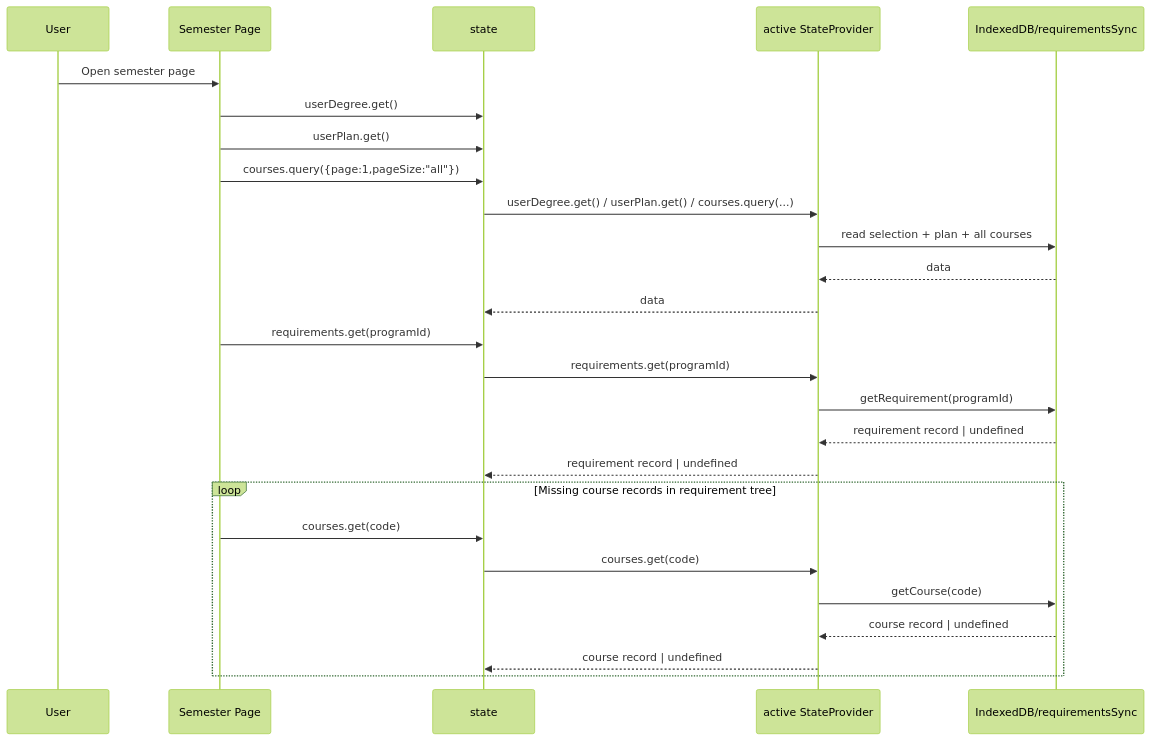
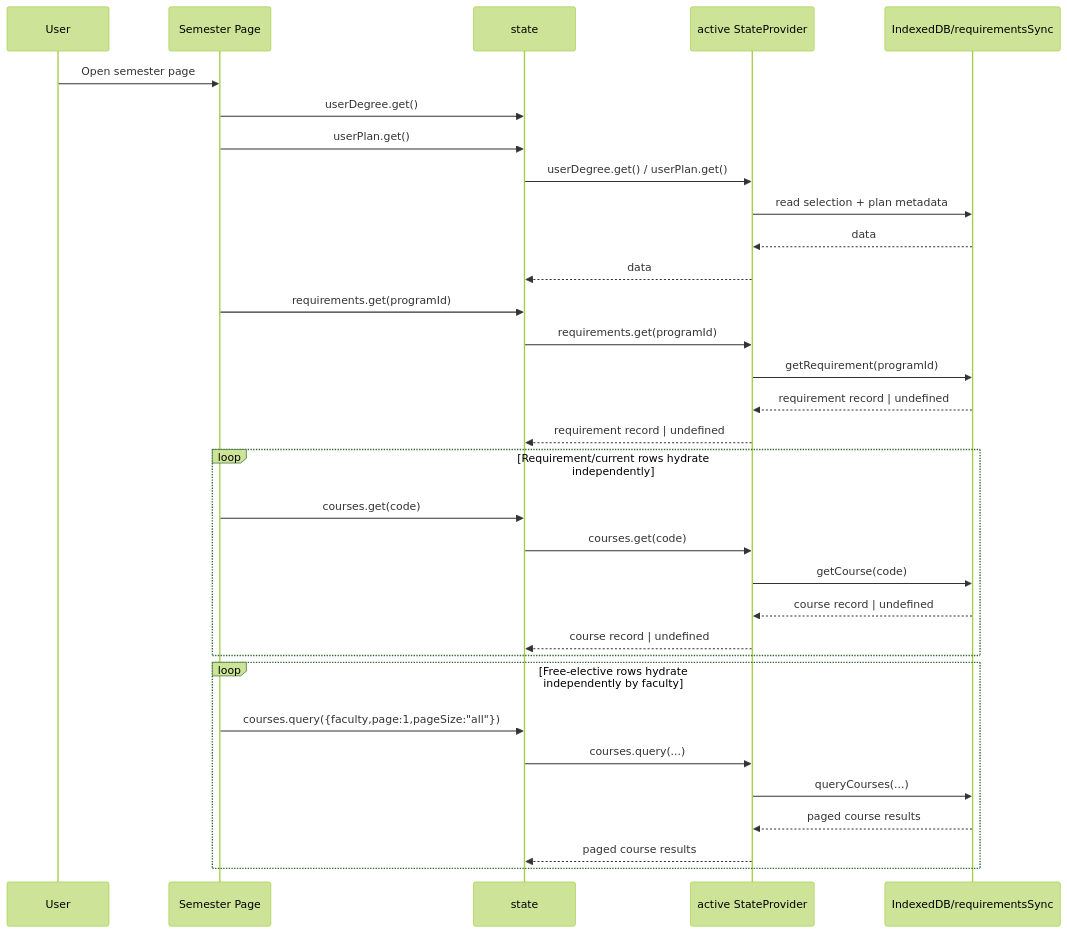
Before and after one commit to selfint/planit: the fifth of 9 diagrams in src/lib/stateManagement.md, drawn with Mermaid (forest theme). The commit also changed other lines of this file and 4 other files, not shown here.

First line of the commit message:
Refactor semester rows to hydrate courses independently

````diff
--- a/src/lib/stateManagement.md
+++ b/src/lib/stateManagement.md
@@ -263,29 +263,35 @@
 ```mermaid
 sequenceDiagram
   participant U as User
   participant M as Semester Page
   participant S as state
   participant SP as active StateProvider
   participant DB as IndexedDB/requirementsSync
 
   U->>M: Open semester page
   M->>S: userDegree.get()
   M->>S: userPlan.get()
-  M->>S: courses.query({page:1,pageSize:"all"})
-  S->>SP: userDegree.get() / userPlan.get() / courses.query(...)
-  SP->>DB: read selection + plan + all courses
+  S->>SP: userDegree.get() / userPlan.get()
+  SP->>DB: read selection + plan metadata
   DB-->>SP: data
   SP-->>S: data
   M->>S: requirements.get(programId)
   S->>SP: requirements.get(programId)
   SP->>DB: getRequirement(programId)
   DB-->>SP: requirement record | undefined
   SP-->>S: requirement record | undefined
-  loop Missing course records in requirement tree
+  loop Requirement/current rows hydrate independently
     M->>S: courses.get(code)
     S->>SP: courses.get(code)
     SP->>DB: getCourse(code)
     DB-->>SP: course record | undefined
     SP-->>S: course record | undefined
   end
+  loop Free-elective rows hydrate independently by faculty
+    M->>S: courses.query({faculty,page:1,pageSize:"all"})
+    S->>SP: courses.query(...)
+    SP->>DB: queryCourses(...)
+    DB-->>SP: paged course results
+    SP-->>S: paged course results
+  end
 ```
````
